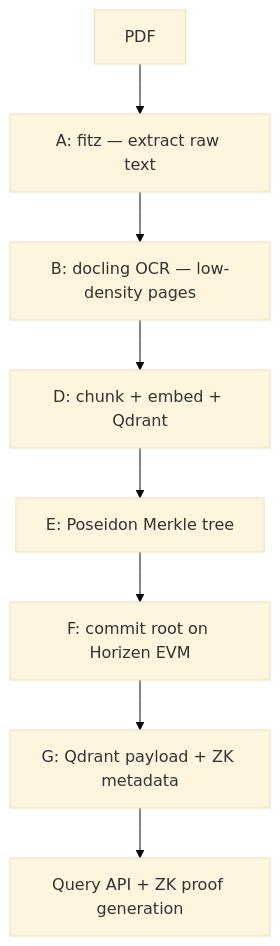
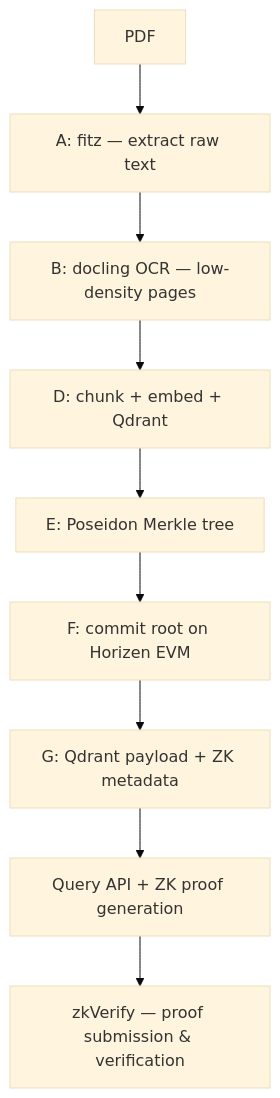
One commit to blockops1/zk-rag-system changed the diagram in README.md. Above: the diagram before and after it, drawn with Mermaid (base theme). The commit also changed other lines of this file, not shown here.

Commit message:
README: center zkVerify as differentiator, Horizen EVM as settlement layer

````diff
--- a/README.md
+++ b/README.md
@@ -22,13 +22,14 @@
 ```mermaid
 flowchart TD
     PDF["PDF"]
     A["A: fitz — extract raw text"]
     B["B: docling OCR — low-density pages"]
     D["D: chunk + embed + Qdrant"]
     E["E: Poseidon Merkle tree"]
     F["F: commit root on Horizen EVM"]
     G["G: Qdrant payload + ZK metadata"]
     API["Query API + ZK proof generation"]
+    ZK["zkVerify — proof submission & verification"]
 
-    PDF --> A --> B --> D --> E --> F --> G --> API
+    PDF --> A --> B --> D --> E --> F --> G --> API --> ZK
 ```
````
